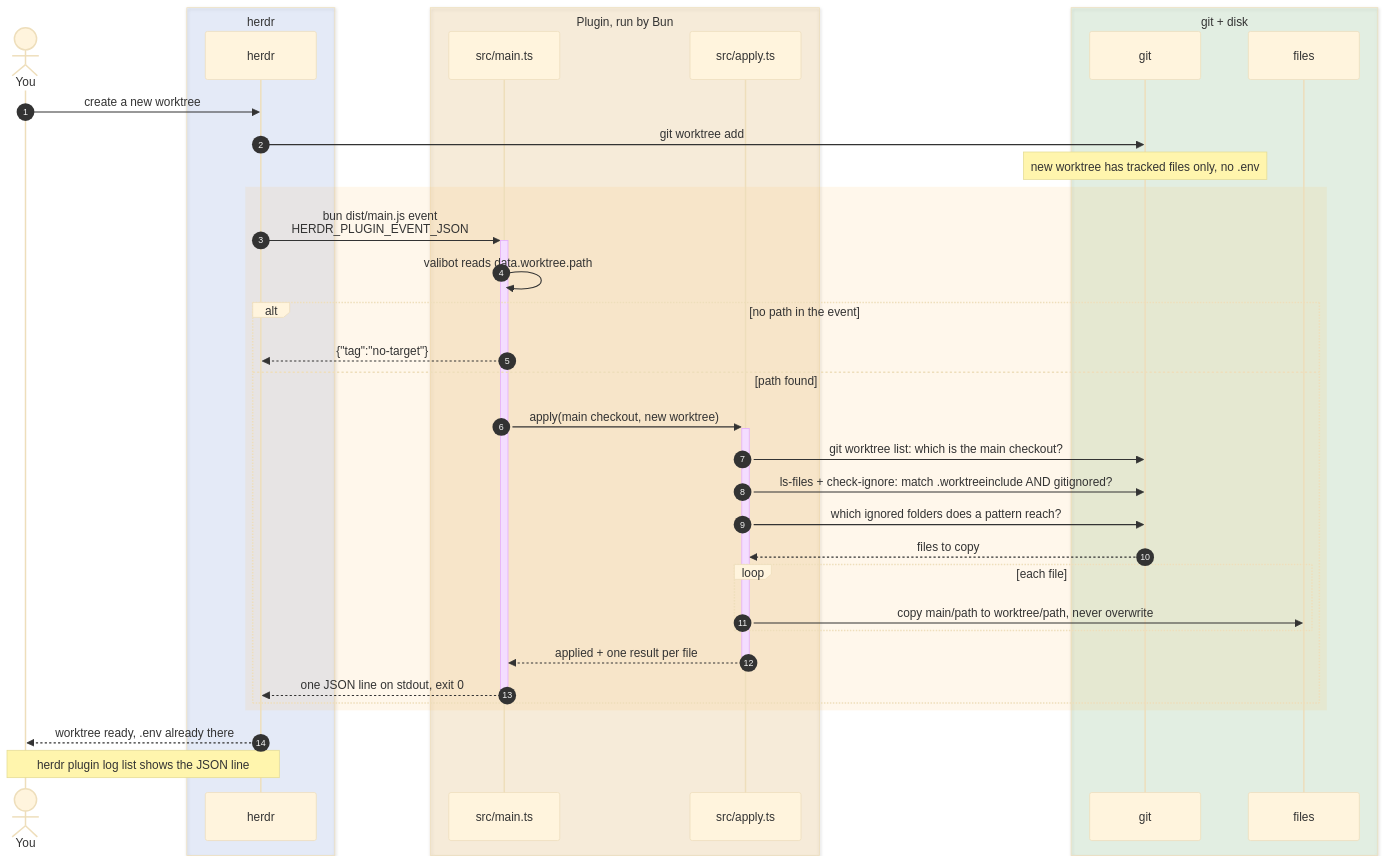
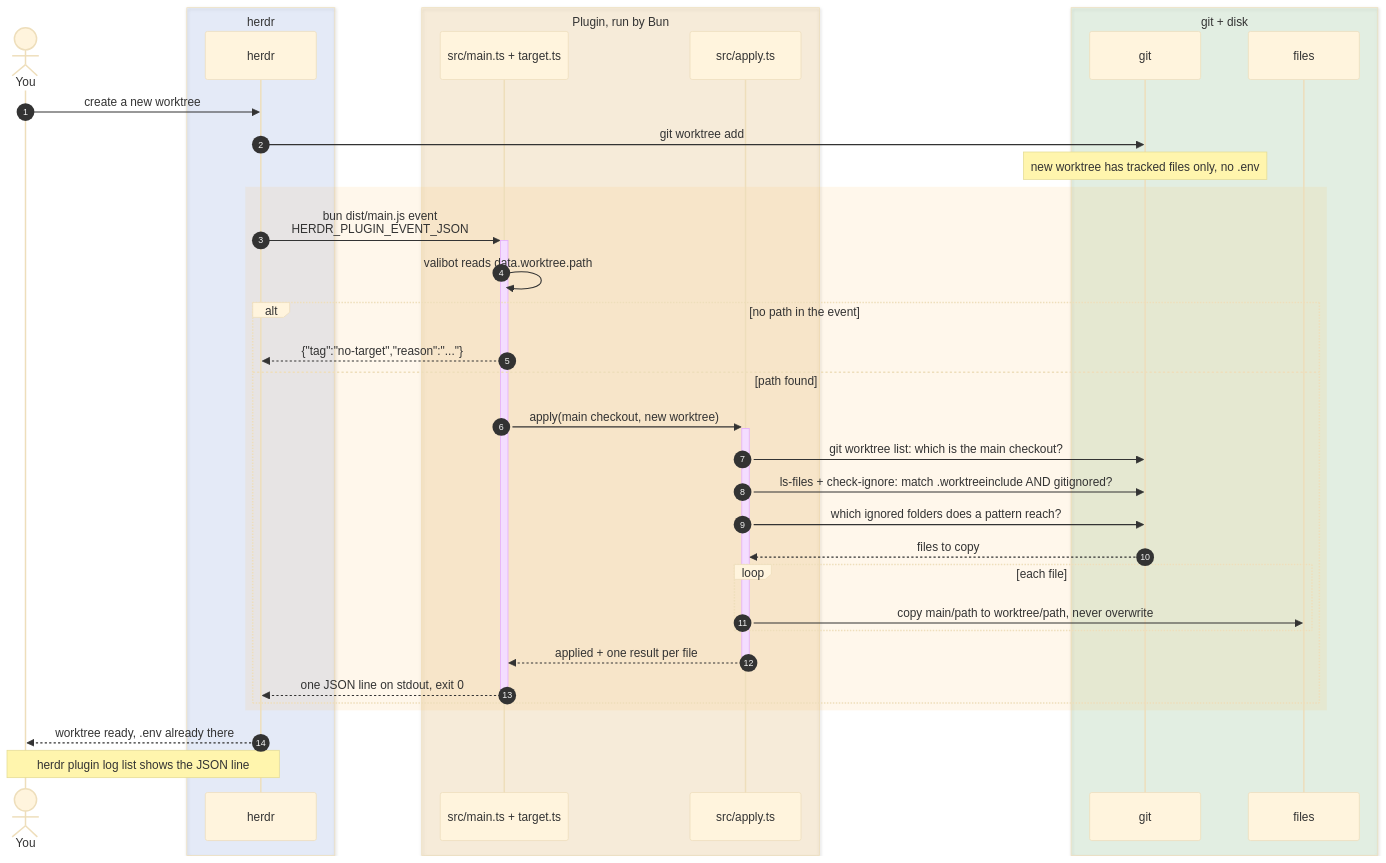
One commit to heyfirst/herdr-worktree-include changed the first of 3 diagrams in CONTEXT.md. Above: the diagram before and after it, drawn with Mermaid (base theme). The commit also changed other lines of this file and 12 other files, not shown here.

````diff
--- a/CONTEXT.md
+++ b/CONTEXT.md
@@ -7,42 +7,42 @@
 ```mermaid
 sequenceDiagram
     autonumber
     actor You
     box rgba(100, 150, 255, 0.12) herdr
         participant H as herdr
     end
     box rgba(250, 180, 60, 0.15) Plugin, run by Bun
-        participant M as src/main.ts
+        participant M as src/main.ts + target.ts
         participant A as src/apply.ts
     end
     box rgba(120, 200, 120, 0.15) git + disk
         participant G as git
         participant FS as files
     end
 
     You->>H: create a new worktree
     H->>G: git worktree add
     Note over G: new worktree has tracked files only, no .env
 
     rect rgba(250, 180, 60, 0.10)
         H->>+M: bun dist/main.js event<br/>HERDR_PLUGIN_EVENT_JSON
         M->>M: valibot reads data.worktree.path
         alt no path in the event
-            M-->>H: {"tag":"no-target"}
+            M-->>H: {"tag":"no-target","reason":"..."}
         else path found
             M->>+A: apply(main checkout, new worktree)
             A->>G: git worktree list: which is the main checkout?
             A->>G: ls-files + check-ignore: match .worktreeinclude AND gitignored?
             A->>G: which ignored folders does a pattern reach?
             G-->>A: files to copy
             loop each file
                 A->>FS: copy main/path to worktree/path, never overwrite
             end
             A-->>-M: applied + one result per file
             M-->>-H: one JSON line on stdout, exit 0
         end
     end
 
     H-->>You: worktree ready, .env already there
     Note over You,H: herdr plugin log list shows the JSON line
 ```
````
